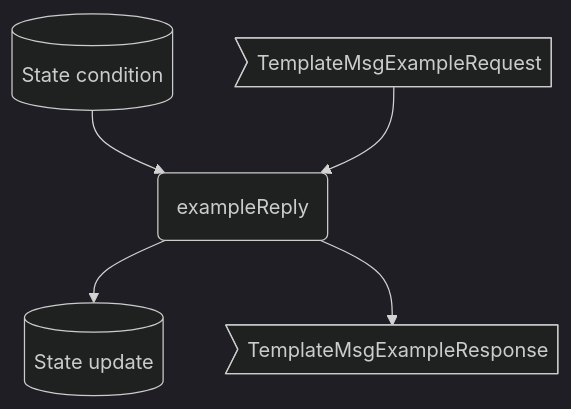
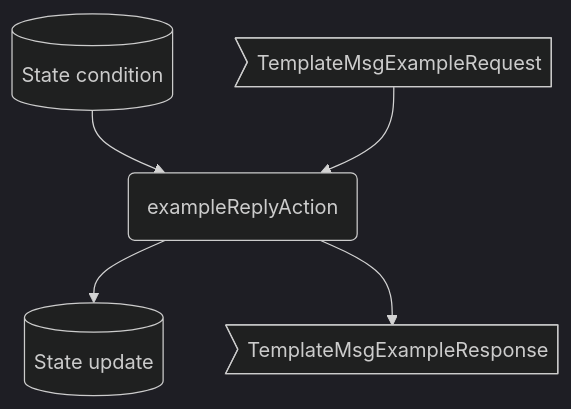
One commit to anoma/nspec changed the second of 2 diagrams in docs/arch/node/engines/template_behaviour.juvix.md. Above: the diagram before and after it, drawn with Mermaid (dark theme). The commit also changed other lines of this file, not shown here.

````diff
--- a/docs/arch/node/engines/template_behaviour.juvix.md
+++ b/docs/arch/node/engines/template_behaviour.juvix.md
@@ -237,10 +241,10 @@
 ```mermaid
 flowchart TD
   CM>TemplateMsgExampleRequest]
   CS[(State condition)]
-  A(exampleReply)
+  A(exampleReplyAction)
   ES[(State update)]
   EM>TemplateMsgExampleResponse]
 
   CS & CM --> A --> ES & EM
 ```
````
